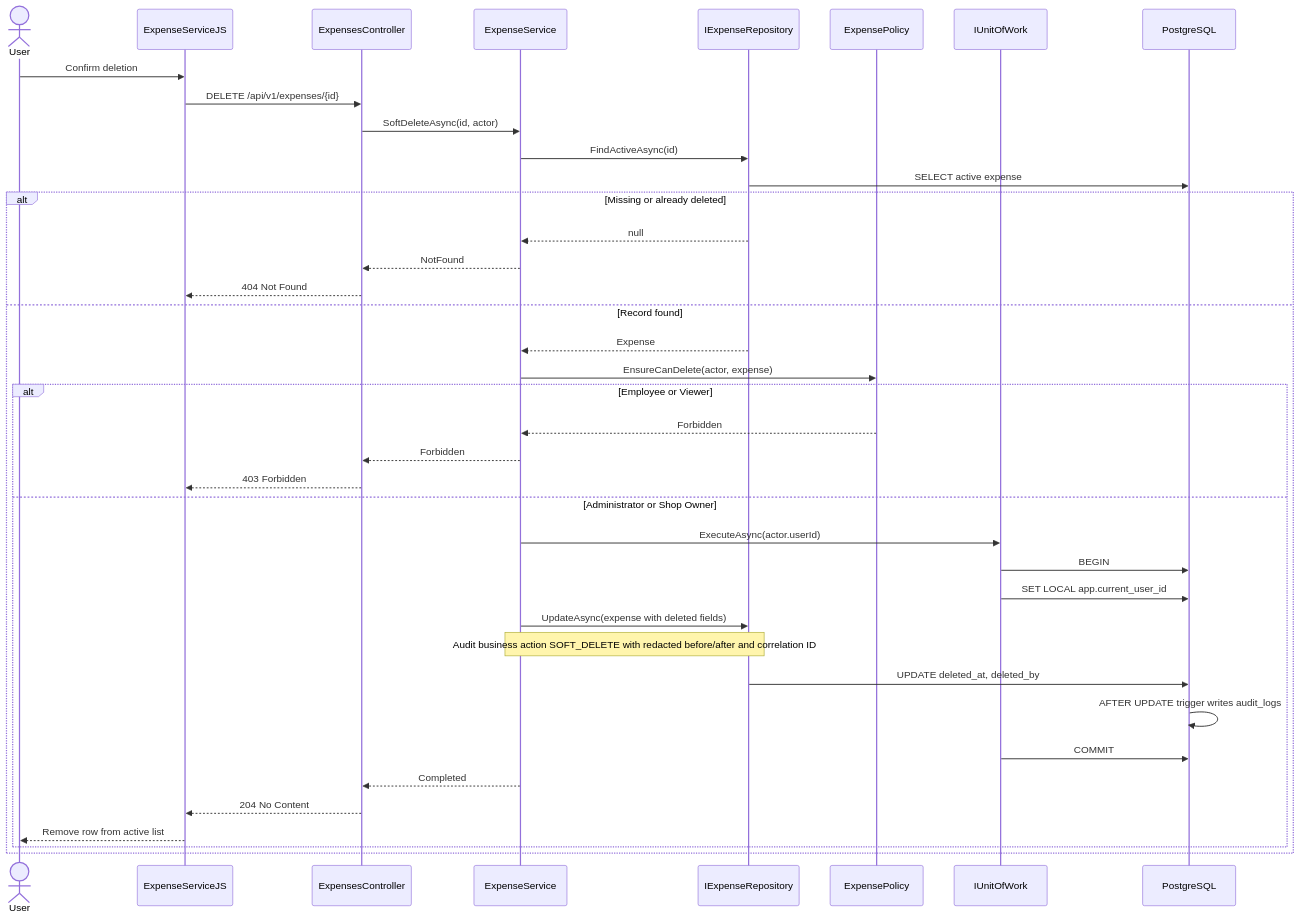
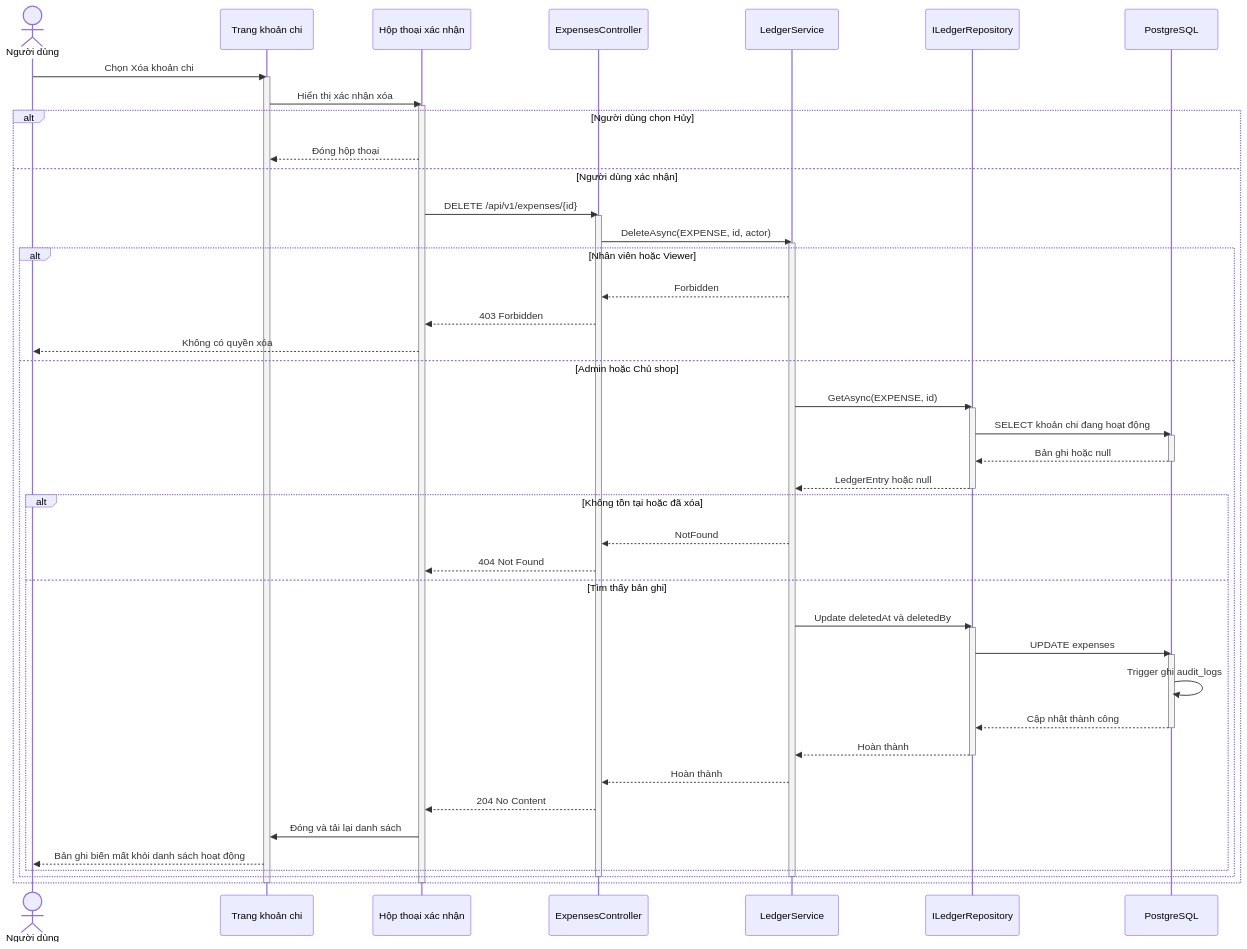
Before and after one commit to PhamHiep948/finance-manager: the fifth of 5 diagrams in docs/architecture/uml/02-sequence-diagrams.md, drawn with Mermaid. The commit also changed other lines of this file, not shown here.

Commit message:
Sua phan sequece diagram

````diff
--- a/docs/architecture/uml/02-sequence-diagrams.md
+++ b/docs/architecture/uml/02-sequence-diagrams.md
@@ -216,43 +277,60 @@
 ```mermaid
 sequenceDiagram
-    actor User as User
-    participant Web as ExpenseServiceJS
-    participant Api as ExpensesController
-    participant Service as ExpenseService
-    participant Repo as IExpenseRepository
-    participant Policy as ExpensePolicy
-    participant Uow as IUnitOfWork
-    participant Db as PostgreSQL
+    actor User as Người dùng
+    participant Page as Trang khoản chi
+    participant Dialog as Hộp thoại xác nhận
+    participant API as ExpensesController
+    participant Service as LedgerService
+    participant Repo as ILedgerRepository
+    participant DB as PostgreSQL
 
-    User->>Web: Confirm deletion
-    Web->>Api: DELETE /api/v1/expenses/{id}
-    Api->>Service: SoftDeleteAsync(id, actor)
-    Service->>Repo: FindActiveAsync(id)
-    Repo->>Db: SELECT active expense
+    User->>Page: Chọn Xóa khoản chi
+    activate Page
+    Page->>Dialog: Hiển thị xác nhận xóa
+    activate Dialog
 
-    alt Missing or already deleted
-        Repo-->>Service: null
-        Service-->>Api: NotFound
-        Api-->>Web: 404 Not Found
-    else Record found
-        Repo-->>Service: Expense
-        Service->>Policy: EnsureCanDelete(actor, expense)
-        alt Employee or Viewer
-            Policy-->>Service: Forbidden
-            Service-->>Api: Forbidden
-            Api-->>Web: 403 Forbidden
-        else Administrator or Shop Owner
-            Service->>Uow: ExecuteAsync(actor.userId)
-            Uow->>Db: BEGIN
-            Uow->>Db: SET LOCAL app.current_user_id
-            Service->>Repo: UpdateAsync(expense with deleted fields)
-            Note over Service,Repo: Audit business action SOFT_DELETE with redacted before/after and correlation ID
-            Repo->>Db: UPDATE deleted_at, deleted_by
-            Db->>Db: AFTER UPDATE trigger writes audit_logs
-            Uow->>Db: COMMIT
-            Service-->>Api: Completed
-            Api-->>Web: 204 No Content
-            Web-->>User: Remove row from active list
+    alt Người dùng chọn Hủy
+        Dialog-->>Page: Đóng hộp thoại
+    else Người dùng xác nhận
+        Dialog->>API: DELETE /api/v1/expenses/{id}
+        activate API
+        API->>Service: DeleteAsync(EXPENSE, id, actor)
+        activate Service
+        alt Nhân viên hoặc Viewer
+            Service-->>API: Forbidden
+            API-->>Dialog: 403 Forbidden
+            Dialog-->>User: Không có quyền xóa
+        else Admin hoặc Chủ shop
+            Service->>Repo: GetAsync(EXPENSE, id)
+            activate Repo
+            Repo->>DB: SELECT khoản chi đang hoạt động
+            activate DB
+            DB-->>Repo: Bản ghi hoặc null
+            deactivate DB
+            Repo-->>Service: LedgerEntry hoặc null
+            deactivate Repo
+            alt Không tồn tại hoặc đã xóa
+                Service-->>API: NotFound
+                API-->>Dialog: 404 Not Found
+            else Tìm thấy bản ghi
+                Service->>Repo: Update deletedAt và deletedBy
+                activate Repo
+                Repo->>DB: UPDATE expenses
+                activate DB
+                DB->>DB: Trigger ghi audit_logs
+                DB-->>Repo: Cập nhật thành công
+                deactivate DB
+                Repo-->>Service: Hoàn thành
+                deactivate Repo
+                Service-->>API: Hoàn thành
+                API-->>Dialog: 204 No Content
+                Dialog->>Page: Đóng và tải lại danh sách
+                Page-->>User: Bản ghi biến mất khỏi danh sách hoạt động
+            end
         end
+        deactivate Service
+        deactivate API
     end
+    deactivate Dialog
+    deactivate Page
 ```
````
